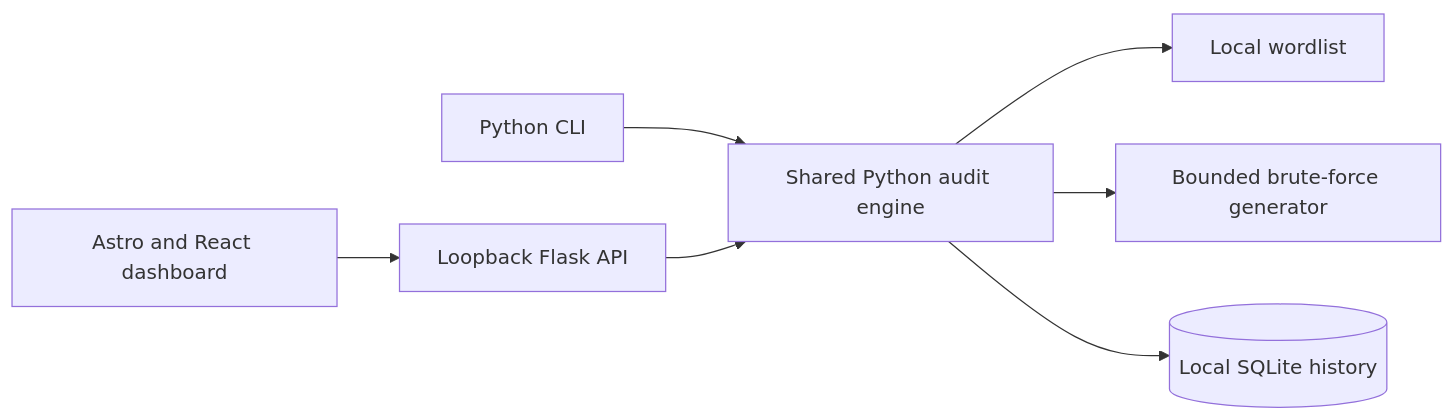
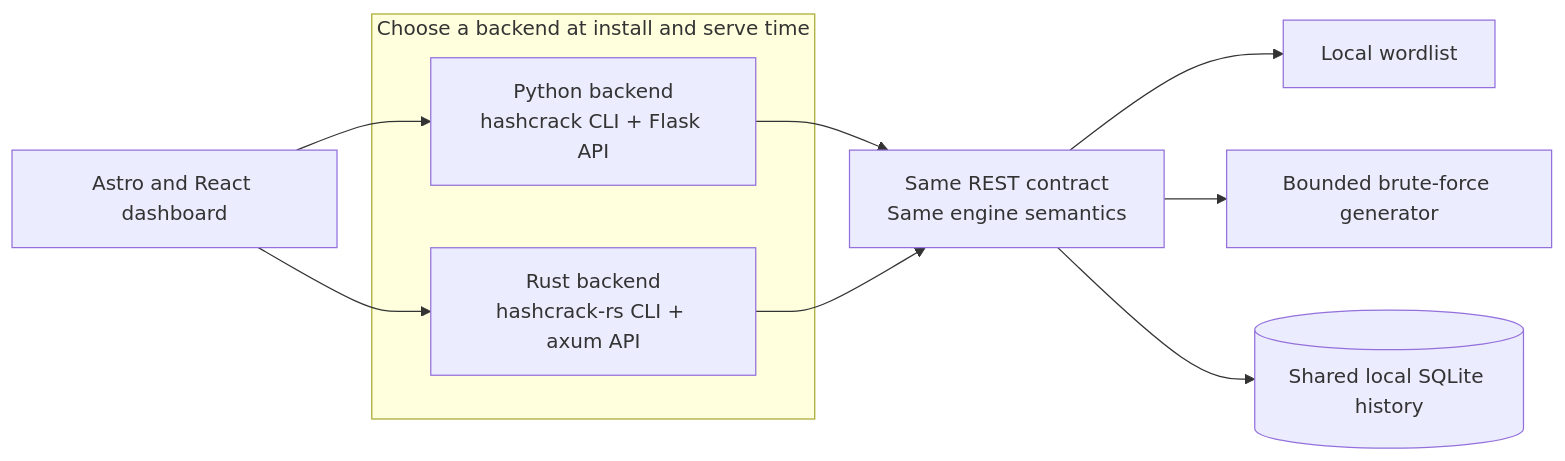
One commit to xismail606/Hash-Cracker changed the diagram in README.md. Above: the diagram before and after it, drawn with Mermaid. The commit also changed other lines of this file and 57 other files, not shown here.

First line of the commit message:
feat: add Rust backend alongside Python (Phase 11)

````diff
--- a/README.md
+++ b/README.md
@@ -103,9 +103,14 @@
 ```mermaid
 flowchart LR
-    CLI[Python CLI] --> CORE[Shared Python audit engine]
-    UI[Astro and React dashboard] --> API[Loopback Flask API]
-    API --> CORE
+    subgraph backends[Choose a backend at install and serve time]
+        PY[Python backend<br>hashcrack CLI + Flask API]
+        RS[Rust backend<br>hashcrack-rs CLI + axum API]
+    end
+    UI[Astro and React dashboard] --> PY
+    UI --> RS
+    PY --> CORE[Same REST contract<br>Same engine semantics]
+    RS --> CORE
     CORE --> DICT[Local wordlist]
     CORE --> BF[Bounded brute-force generator]
-    CORE --> DB[(Local SQLite history)]
+    CORE --> DB[(Shared local SQLite history)]
 ```
````
